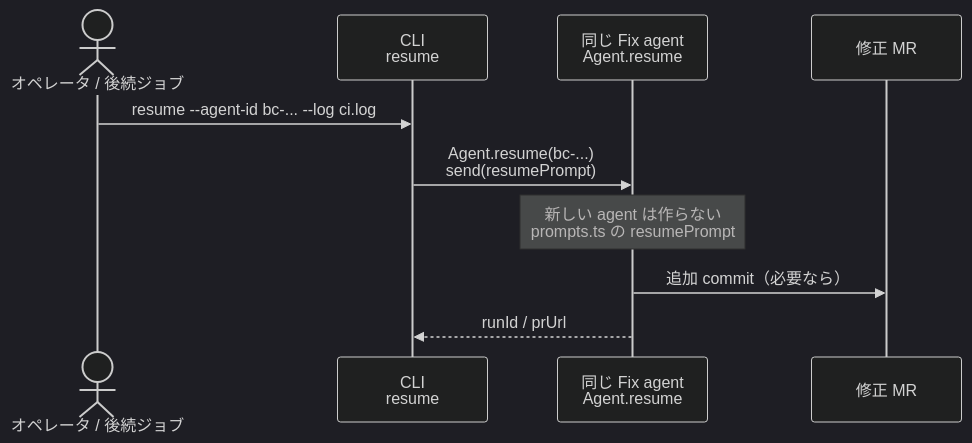
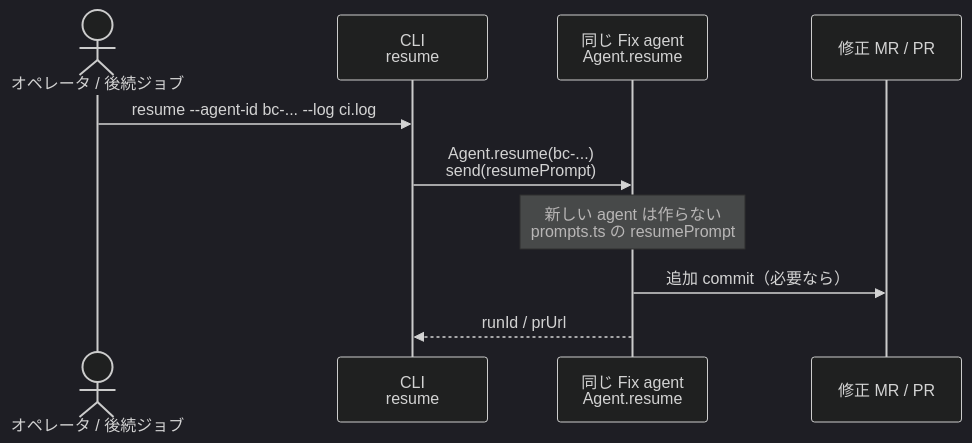
One commit to Acme-finance-demo/spring-petclinic-cursor changed the third of 5 diagrams in cursor-sdk/SEQUENCE.ja.md. Above: the diagram before and after it, drawn with Mermaid (dark theme). The commit also changed other lines of this file and 13 other files, not shown here.

First line of the commit message:
Run the Trivy to Cursor SDK vuln flow on GitHub Actions too.

````diff
--- a/cursor-sdk/SEQUENCE.ja.md
+++ b/cursor-sdk/SEQUENCE.ja.md
@@ -131,13 +131,13 @@
 ```mermaid
 sequenceDiagram
     actor Op as オペレータ / 後続ジョブ
     participant CLI as CLI<br/>resume
     participant Fix as 同じ Fix agent<br/>Agent.resume
-    participant GitLab as 修正 MR
+    participant Forge as 修正 MR / PR
 
     Op->>CLI: resume --agent-id bc-... --log ci.log
     CLI->>Fix: Agent.resume(bc-...)<br/>send(resumePrompt)
     Note over Fix: 新しい agent は作らない<br/>prompts.ts の resumePrompt
-    Fix->>GitLab: 追加 commit（必要なら）
+    Fix->>Forge: 追加 commit（必要なら）
     Fix-->>CLI: runId / prUrl
 ```
````
